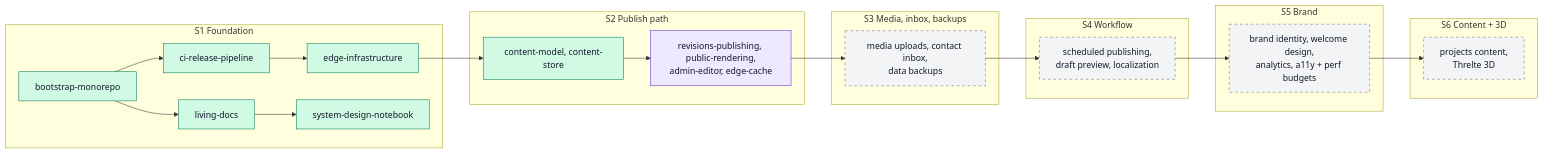
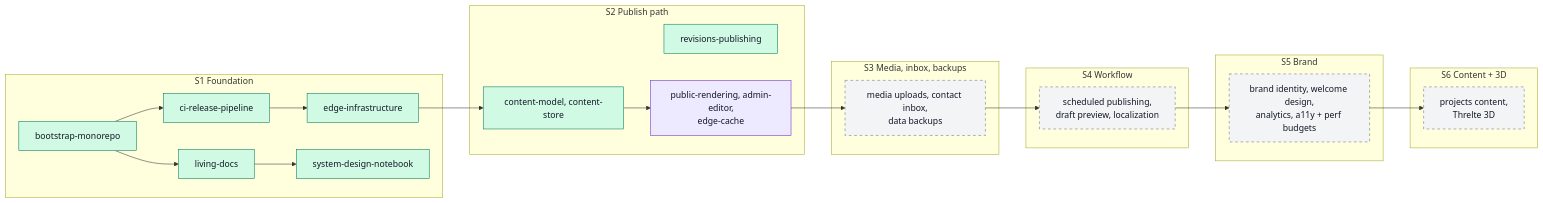
Before and after one commit to ycmcuenca/ycmcuenca-core: the diagram in docs/ROADMAP.md, drawn with Mermaid. The commit also changed other lines of this file and 12 other files, not shown here.

First line of the commit message:
chore(openspec): archive revisions-publishing

````diff
--- a/docs/ROADMAP.md
+++ b/docs/ROADMAP.md
@@ -37,36 +37,37 @@
 ```mermaid
 flowchart LR
     subgraph S1["S1 Foundation"]
         bootstrap["bootstrap-monorepo"]:::archived
         ci["ci-release-pipeline"]:::archived
         edge["edge-infrastructure"]:::archived
         docs["living-docs"]:::archived
         notebook["system-design-notebook"]:::archived
     end
     subgraph S2["S2 Publish path"]
         cm["content-model, content-store"]:::archived
-        s2["revisions-publishing, public-rendering,<br/>admin-editor, edge-cache"]:::proposed
+        rp["revisions-publishing"]:::archived
+        s2["public-rendering, admin-editor,<br/>edge-cache"]:::proposed
     end
     subgraph S3["S3 Media, inbox, backups"]
         s3["media uploads, contact inbox,<br/>data backups"]:::planned
     end
     subgraph S4["S4 Workflow"]
         s4["scheduled publishing,<br/>draft preview, localization"]:::planned
     end
     subgraph S5["S5 Brand"]
         s5["brand identity, welcome design,<br/>analytics, a11y + perf budgets"]:::planned
     end
     subgraph S6["S6 Content + 3D"]
         s6["projects content,<br/>Threlte 3D"]:::planned
     end
 
     bootstrap --> ci --> edge
     bootstrap --> docs --> notebook
     edge --> cm --> s2 --> s3 --> s4 --> s5 --> s6
 
     classDef archived fill:#d1fae5,stroke:#047857,color:#111827
     classDef merged fill:#dbeafe,stroke:#1d4ed8,color:#111827
     classDef inProgress fill:#fef3c7,stroke:#b45309,color:#111827
     classDef proposed fill:#ede9fe,stroke:#6d28d9,color:#111827
     classDef planned fill:#f3f4f6,stroke:#6b7280,color:#111827,stroke-dasharray:5 5
 ```
````
